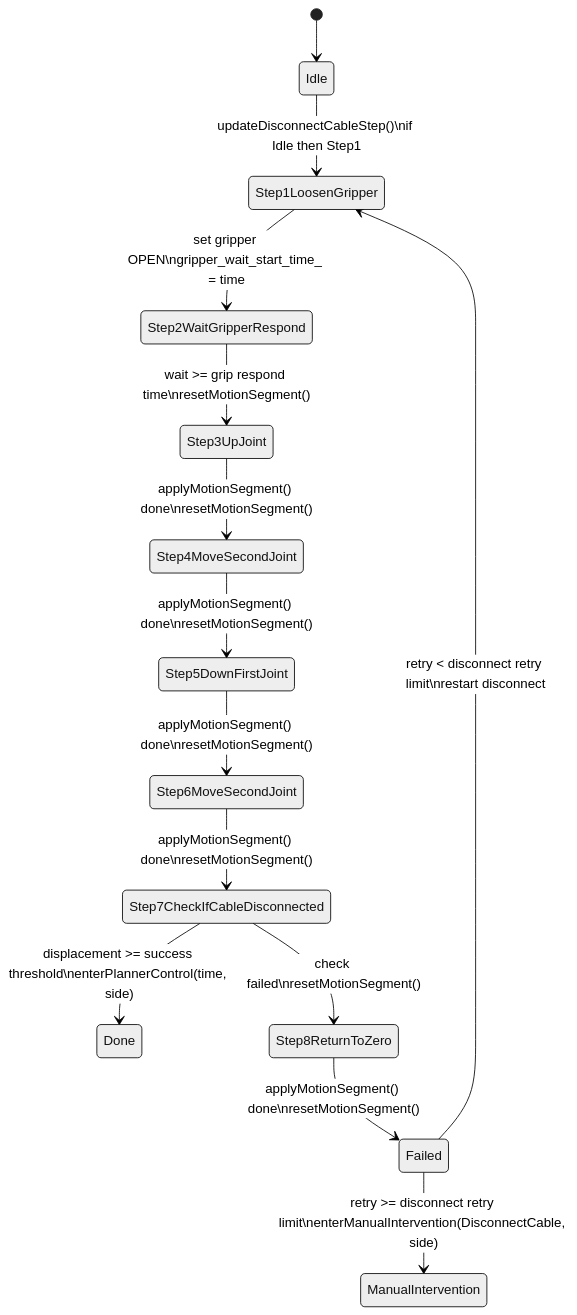
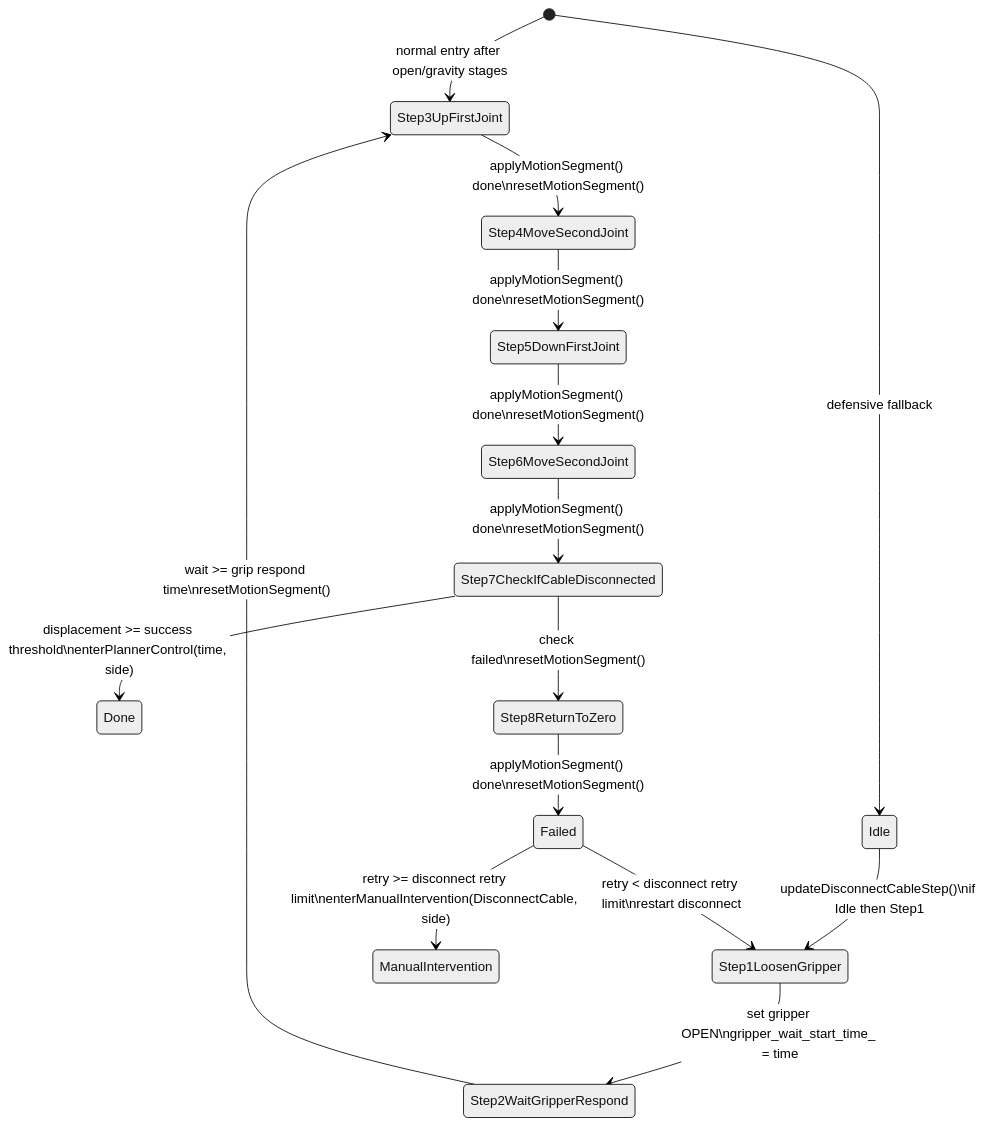
Before and after one commit to major173/b29_control: the ninth of 12 diagrams in b29_controllers/b29_smc_auto_controller/OBSTACLE_CROSSING_WORKFLOW.md, drawn with Mermaid (neutral theme). The commit also changed other lines of this file and 69 other files, not shown here.

````diff
--- a/b29_controllers/b29_smc_auto_controller/OBSTACLE_CROSSING_WORKFLOW.md
+++ b/b29_controllers/b29_smc_auto_controller/OBSTACLE_CROSSING_WORKFLOW.md
@@ -465,20 +549,21 @@
 ```mermaid
 stateDiagram-v2
-  [*] --> Idle
+  [*] --> Step3UpFirstJoint: normal entry after open/gravity stages
+  [*] --> Idle: defensive fallback
   Idle --> Step1LoosenGripper: updateDisconnectCableStep()\nif Idle then Step1
 
   Step1LoosenGripper --> Step2WaitGripperRespond: set gripper OPEN\ngripper_wait_start_time_ = time
-  Step2WaitGripperRespond --> Step3UpJoint: wait >= grip respond time\nresetMotionSegment()
+  Step2WaitGripperRespond --> Step3UpFirstJoint: wait >= grip respond time\nresetMotionSegment()
 
-  Step3UpJoint --> Step4MoveSecondJoint: applyMotionSegment() done\nresetMotionSegment()
+  Step3UpFirstJoint --> Step4MoveSecondJoint: applyMotionSegment() done\nresetMotionSegment()
   Step4MoveSecondJoint --> Step5DownFirstJoint: applyMotionSegment() done\nresetMotionSegment()
   Step5DownFirstJoint --> Step6MoveSecondJoint: applyMotionSegment() done\nresetMotionSegment()
   Step6MoveSecondJoint --> Step7CheckIfCableDisconnected: applyMotionSegment() done\nresetMotionSegment()
 
   Step7CheckIfCableDisconnected --> Done: displacement >= success threshold\nenterPlannerControl(time, side)
   Step7CheckIfCableDisconnected --> Step8ReturnToZero: check failed\nresetMotionSegment()
 
   Step8ReturnToZero --> Failed: applyMotionSegment() done\nresetMotionSegment()
   Failed --> Step1LoosenGripper: retry < disconnect retry limit\nrestart disconnect
   Failed --> ManualIntervention: retry >= disconnect retry limit\nenterManualIntervention(DisconnectCable, side)
 ```
````
